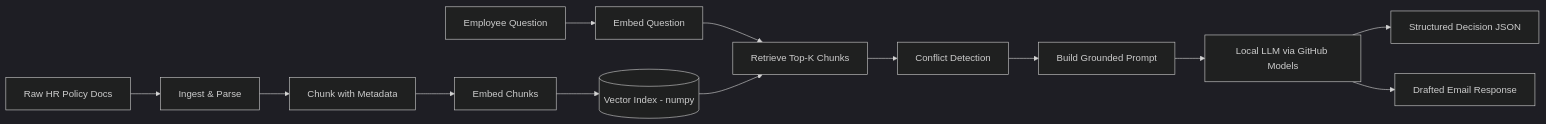
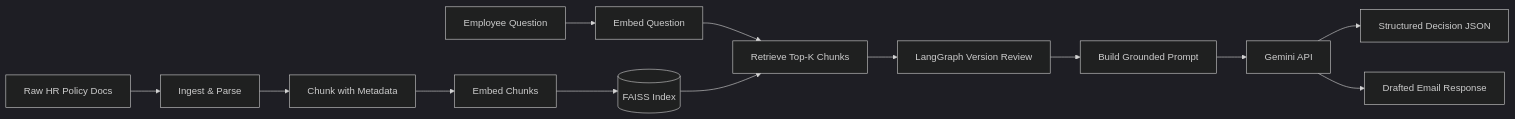
One commit to shreerachanaa1010-spec/rag-chatbot changed the diagram in README.md. Above: the diagram before and after it, drawn with Mermaid (dark theme). The commit also changed other lines of this file and 26 other files, not shown here.

````diff
--- a/README.md
+++ b/README.md
@@ -31,15 +32,15 @@
 ```mermaid
 flowchart LR
     A[Raw HR Policy Docs] --> B[Ingest & Parse]
     B --> C[Chunk with Metadata]
     C --> D[Embed Chunks]
-    D --> E[(Vector Index - numpy)]
+    D --> E[(FAISS Index)]
     F[Employee Question] --> G[Embed Question]
     G --> H[Retrieve Top-K Chunks]
     E --> H
-    H --> I[Conflict Detection]
+    H --> I[LangGraph Version Review]
     I --> J[Build Grounded Prompt]
-    J --> K[Local LLM via GitHub Models]
+    J --> K[Gemini API]
     K --> L[Structured Decision JSON]
     K --> M[Drafted Email Response]
 ```
````
